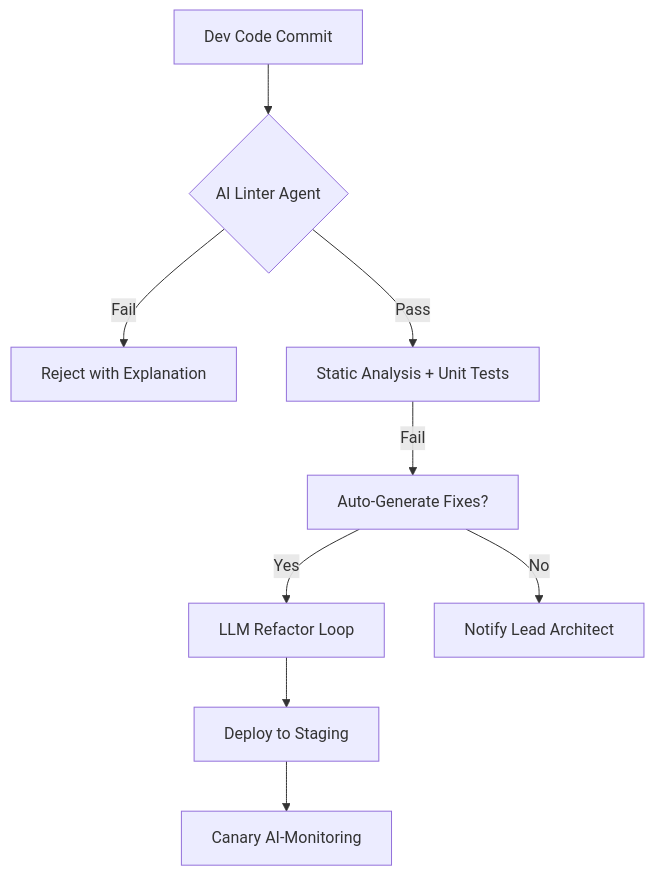
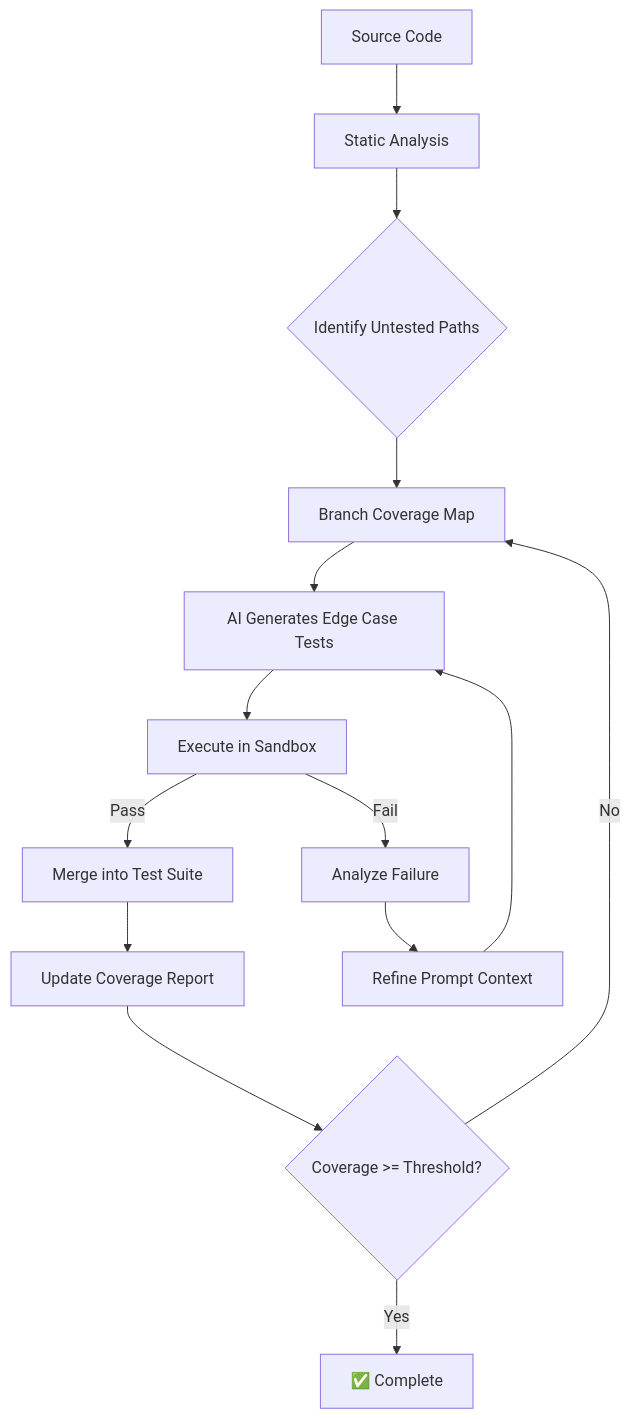
The fourth of 6 diagrams in src/content/blog/ai-augmented-development-workflows-architecting-the-future-of-software-engineering.md (govindtank/govindtank.github.io), drawn with Mermaid before and after one commit. The commit also changed other lines of this file and 21 other files, not shown here.

````diff
--- a/src/content/blog/ai-augmented-development-workflows-architecting-the-future-of-software-engineering.md
+++ b/src/content/blog/ai-augmented-development-workflows-architecting-the-future-of-software-engineering.md
@@ -68,11 +747,16 @@
 ```mermaid
-graph TD
-    A[Dev Code Commit] --> B{AI Linter Agent}
-    B -- Fail --> C[Reject with Explanation]
-    B -- Pass --> D[Static Analysis + Unit Tests]
-    D -- Fail --> E[Auto-Generate Fixes?]
-    E -- Yes --> F[LLM Refactor Loop]
-    E -- No --> G[Notify Lead Architect]
-    F --> H[Deploy to Staging]
-    H --> I[Canary AI-Monitoring]
+flowchart TD
+    A[Source Code] --> B[Static Analysis]
+    B --> C{Identify Untested Paths}
+    C --> D[Branch Coverage Map]
+    D --> E[AI Generates Edge Case Tests]
+    E --> F[Execute in Sandbox]
+    F -- Pass --> G[Merge into Test Suite]
+    F -- Fail --> H[Analyze Failure]
+    H --> I[Refine Prompt Context]
+    I --> E
+    G --> J[Update Coverage Report]
+    J --> K{Coverage >= Threshold?}
+    K -- No --> D
+    K -- Yes --> L[✅ Complete]
 ```
````
